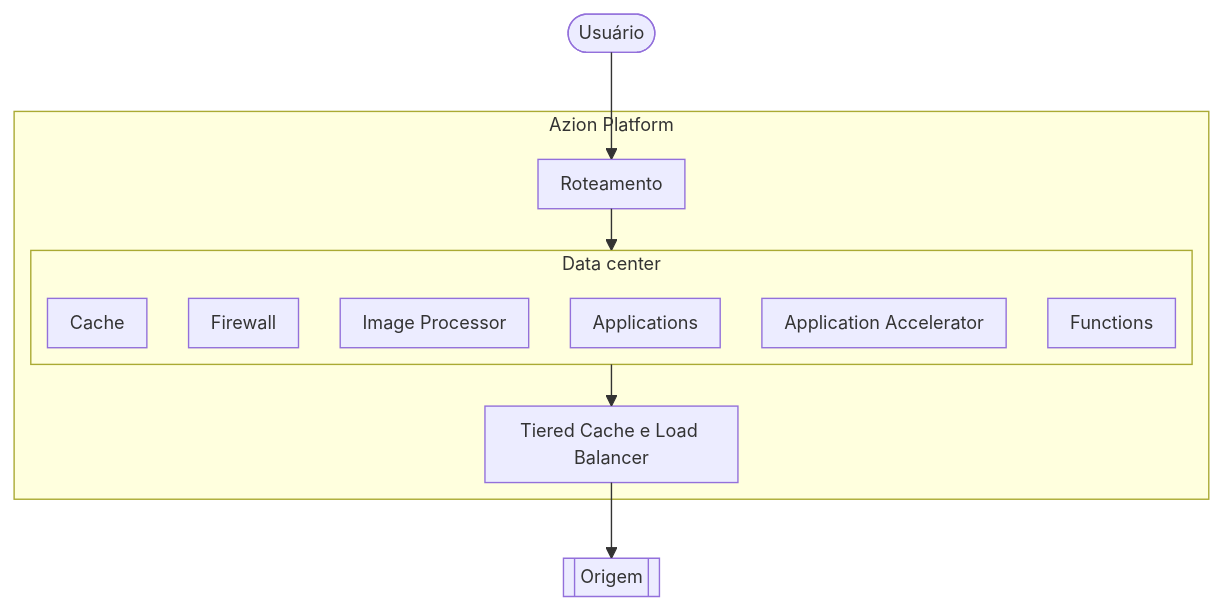
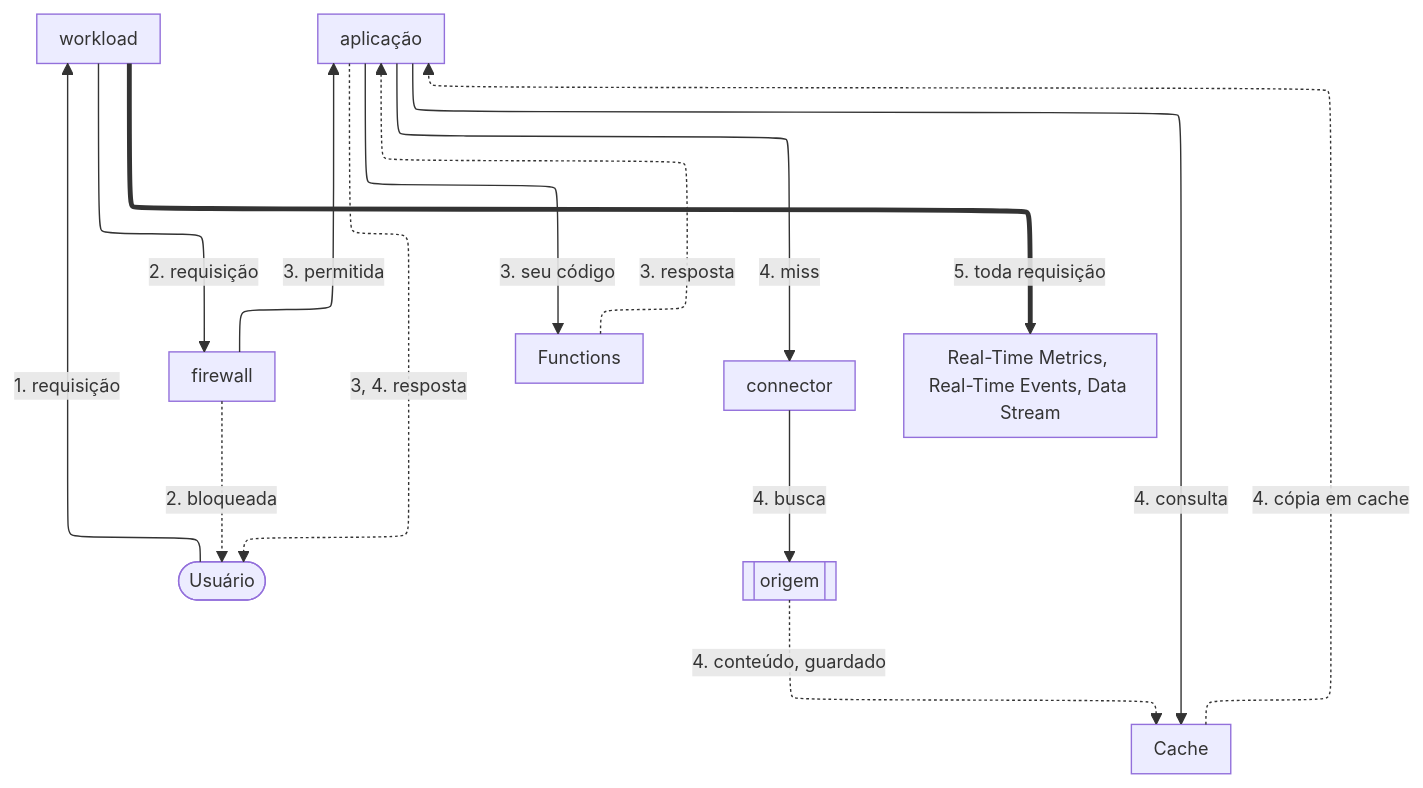
Before and after one commit to aziontech/docs: the diagram in apps/docs/src/content/docs/pt-br/pages/menu-principal/ponto-de-partida/visao-geral-da-azion.mdx, drawn with Mermaid. The commit also changed other lines of this file and 42 other files, not shown here.

````diff
--- a/apps/docs/src/content/docs/pt-br/pages/menu-principal/ponto-de-partida/visao-geral-da-azion.mdx
+++ b/apps/docs/src/content/docs/pt-br/pages/menu-principal/ponto-de-partida/visao-geral-da-azion.mdx
@@ -31,18 +31,26 @@
 ```mermaid
-%%{init: {"layout": "elk", "themeVariables": {"fontSize": "13px"}, "flowchart": {"nodeSpacing": 24, "rankSpacing": 36, "padding": 8, "wrappingWidth": 150, "useMaxWidth": true}, "sequence": {"width": 120, "actorMargin": 30, "useMaxWidth": true}}}%%
+%%{init: {"layout": "elk", "elk": {"preset": "modelOrder", "keepEntryNodeOnTop": true, "cycleBreakingStrategy": "MODEL_ORDER"}, "themeVariables": {"fontSize": "13px"}, "flowchart": {"nodeSpacing": 24, "rankSpacing": 36, "padding": 8, "wrappingWidth": 150, "useMaxWidth": true}, "sequence": {"width": 120, "actorMargin": 30, "useMaxWidth": true}}}%%
 flowchart TD
-  user([Usuário]) --> routing[Roteamento]
-  subgraph platform [Azion Platform]
-    routing --> dc
-    subgraph dc [Data center]
-      firewall[Firewall]
-      applications[Applications]
-      cache[Cache]
-      accelerator[Application Accelerator]
-      functions[Functions]
-      image[Image Processor]
-    end
-    dc --> delivery[Tiered Cache e Load Balancer]
-  end
-  delivery --> origin[[Origem]]
+  User(["Usuário"])
+  Workload["workload"]
+  Firewall["firewall"]
+  App["aplicação"]
+  Functions["Functions"]
+  Cache["Cache"]
+  Conn["connector"]
+  Origin[["origem"]]
+  Observe["Real-Time Metrics, Real-Time Events, Data Stream"]
+  User -->|"1. requisição"| Workload
+  Workload -->|"2. requisição"| Firewall
+  Firewall -->|"3. permitida"| App
+  App -->|"3. seu código"| Functions
+  App -->|"4. consulta"| Cache
+  App -->|"4. miss"| Conn
+  Conn -->|"4. busca"| Origin
+  Firewall -.->|"2. bloqueada"| User
+  Functions -.->|"3. resposta"| App
+  Origin -.->|"4. conteúdo, guardado"| Cache
+  Cache -.->|"4. cópia em cache"| App
+  App -.->|"3, 4. resposta"| User
+  Workload ==>|"5. toda requisição"| Observe
 ```
````
